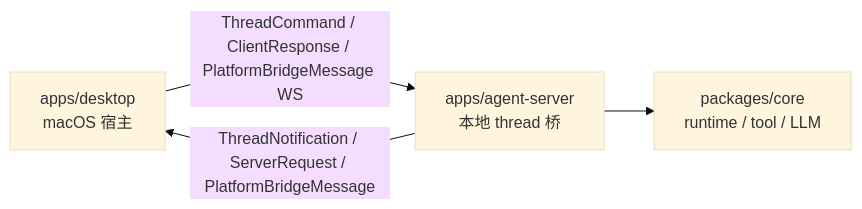
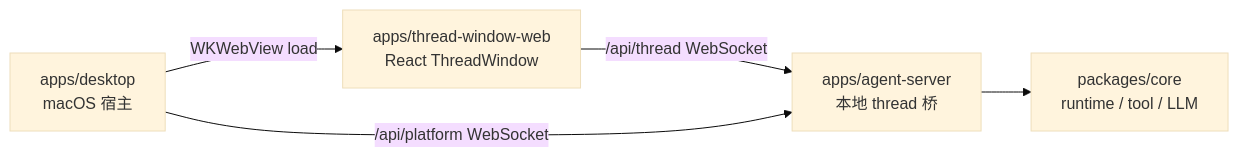
One commit to Lixuhang987/SpotAgent changed the diagram in apps/apps.md. Above: the diagram before and after it, drawn with Mermaid (base theme). The commit also changed other lines of this file and 13 other files, not shown here.

````diff
--- a/apps/apps.md
+++ b/apps/apps.md
@@ -14,6 +15,7 @@
 ```mermaid
 flowchart LR
-  A[apps/desktop<br/>macOS 宿主] -->|ThreadCommand / ClientResponse / PlatformBridgeMessage WS| B[apps/agent-server<br/>本地 thread 桥]
-  B -->|ThreadNotification / ServerRequest / PlatformBridgeMessage| A
+  A[apps/desktop<br/>macOS 宿主] -->|WKWebView load| W[apps/thread-window-web<br/>React ThreadWindow]
+  W -->|/api/thread WebSocket| B[apps/agent-server<br/>本地 thread 桥]
+  A -->|/api/platform WebSocket| B
   B --> C[packages/core<br/>runtime / tool / LLM]
 ```
````
